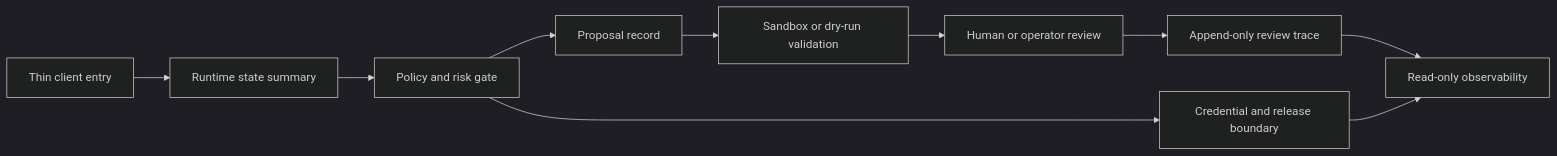
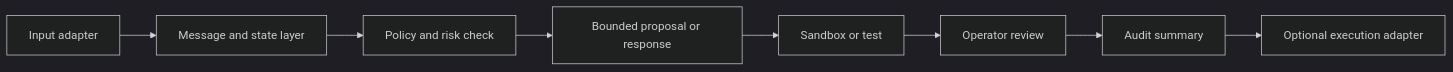
Before and after one commit to Architect-RR/phinix-public: the diagram in ARCHITECTURE_OVERVIEW.md, drawn with Mermaid (dark theme). The commit also changed other lines of this file and 9 other files, not shown here.

````diff
--- a/ARCHITECTURE_OVERVIEW.md
+++ b/ARCHITECTURE_OVERVIEW.md
@@ -14,12 +12,10 @@
 ```mermaid
 flowchart LR
-    A["Thin client entry"] --> B["Runtime state summary"]
-    B --> C["Policy and risk gate"]
-    C --> D["Proposal record"]
-    D --> E["Sandbox or dry-run validation"]
-    E --> F["Human or operator review"]
-    F --> G["Append-only review trace"]
-    G --> H["Read-only observability"]
-    C --> I["Credential and release boundary"]
-    I --> H
+    A["Input adapter"] --> B["Message and state layer"]
+    B --> C["Policy and risk check"]
+    C --> D["Bounded proposal or response"]
+    D --> E["Sandbox or test"]
+    E --> F["Operator review"]
+    F --> G["Audit summary"]
+    G --> H["Optional execution adapter"]
 ```
````
